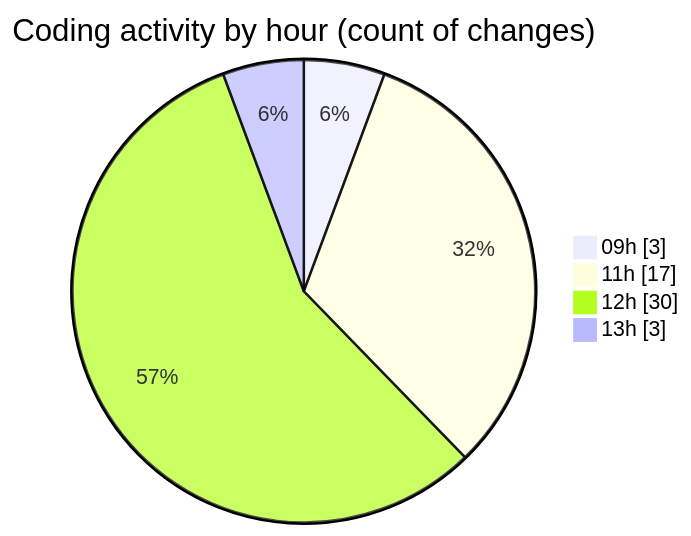
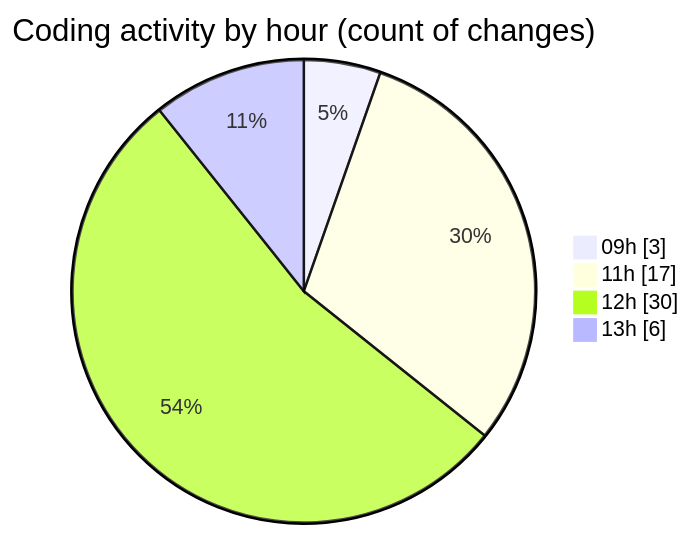
Before and after one commit to julien-gomy/code-tracking: the second of 2 diagrams in 2025-10-15/eventscop-api-guide__workspace_/README.md, drawn with Mermaid. The commit also changed other lines of this file and 1 other file, not shown here.

````diff
--- a/2025-10-15/eventscop-api-guide__workspace_/README.md
+++ b/2025-10-15/eventscop-api-guide__workspace_/README.md
@@ -37,8 +38,8 @@
 ```mermaid
 pie showData
 title Coding activity by hour (count of changes)
 "09h" : 3
 "11h" : 17
 "12h" : 30
-"13h" : 3
+"13h" : 6
 ```
````
